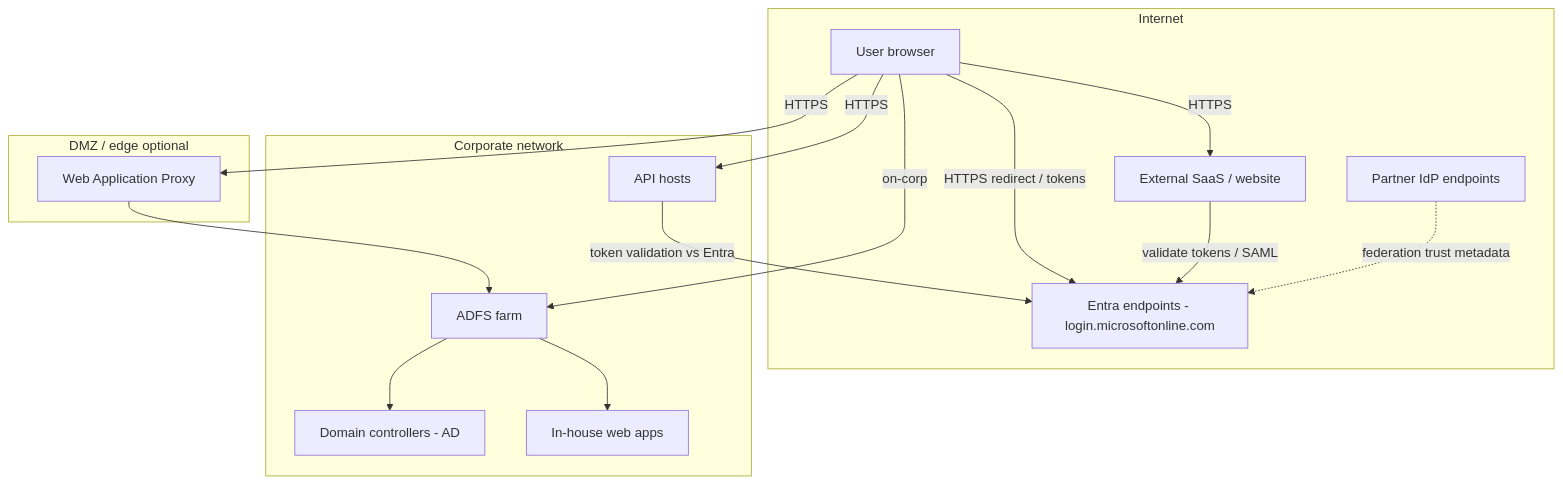
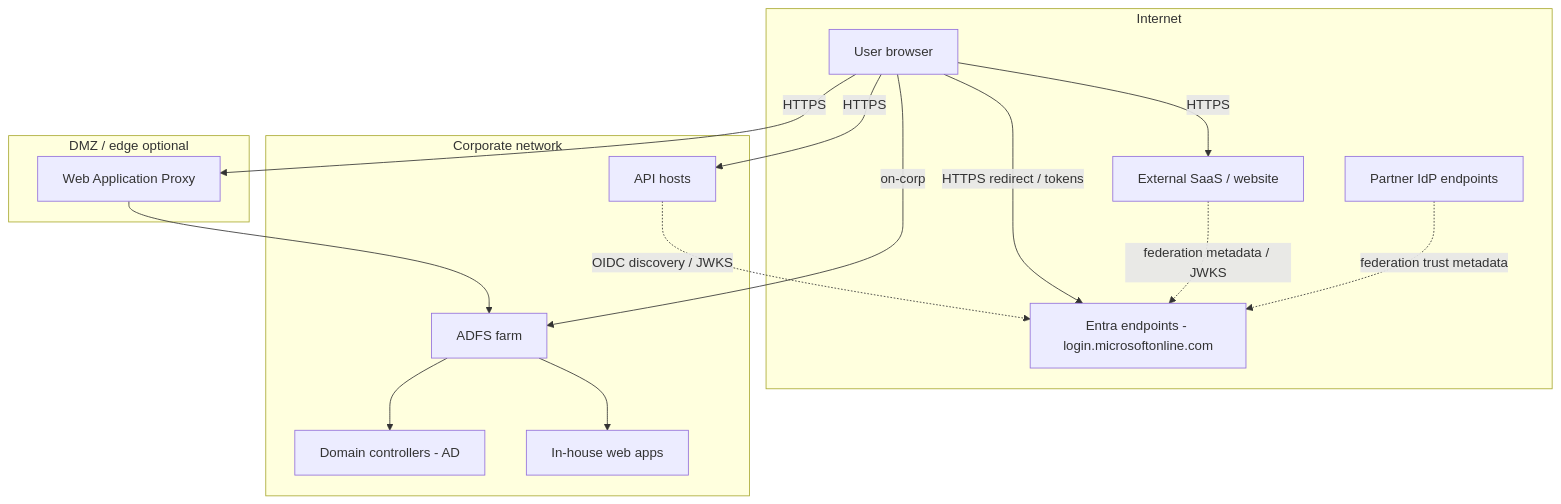
Before and after one commit to jetri/sso-landscape: the second of 2 diagrams in docs/02-components-and-topology.md, drawn with Mermaid. The commit also changed other lines of this file, not shown here.

Commit message:
Fix token-validation accuracy in topology doc.
Clarify that APIs validate OAuth access tokens (not ID tokens), depict
local validation via control-plane metadata/JWKS instead of per-request
Entra calls, and separate browser redirects from CORS.

````diff
--- a/docs/02-components-and-topology.md
+++ b/docs/02-components-and-topology.md
@@ -51,32 +51,32 @@
 ```mermaid
 flowchart TB
   subgraph Internet
     BR[User browser]
     SaaS[External SaaS / website]
     PEN[Partner IdP endpoints]
     ENT[Entra endpoints - login.microsoftonline.com]
   end
 
   subgraph DMZ["DMZ / edge optional"]
     WAP[Web Application Proxy]
   end
 
   subgraph Corp["Corporate network"]
     DC[Domain controllers - AD]
     ADFSN[ADFS farm]
     WEB[In-house web apps]
     APIH[API hosts]
   end
 
   BR -->|HTTPS redirect / tokens| ENT
   BR -->|HTTPS| SaaS
-  SaaS -->|validate tokens / SAML| ENT
+  SaaS -.->|federation metadata / JWKS| ENT
   BR -->|HTTPS| WAP
   WAP --> ADFSN
   BR -->|on-corp| ADFSN
   ADFSN --> DC
   ADFSN --> WEB
   BR -->|HTTPS| APIH
-  APIH -->|token validation vs Entra| ENT
+  APIH -.->|OIDC discovery / JWKS| ENT
   PEN -.->|federation trust metadata| ENT
 ```
````
